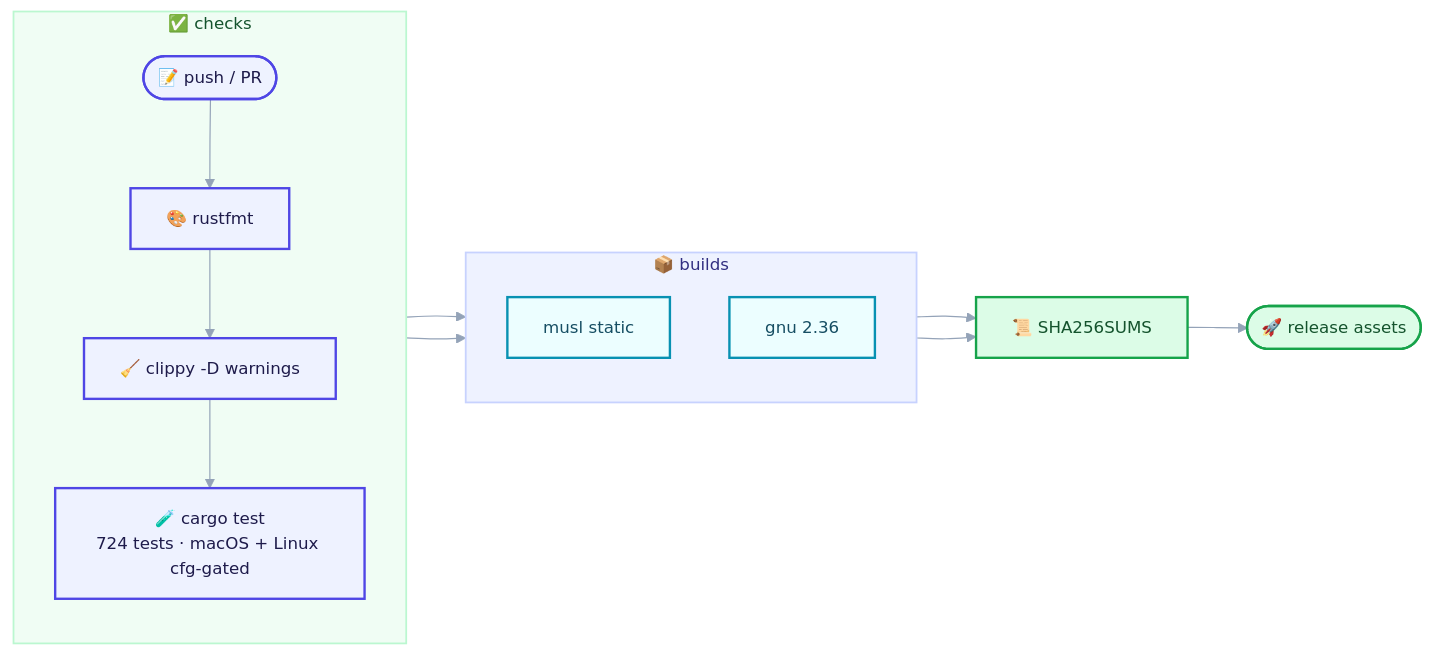
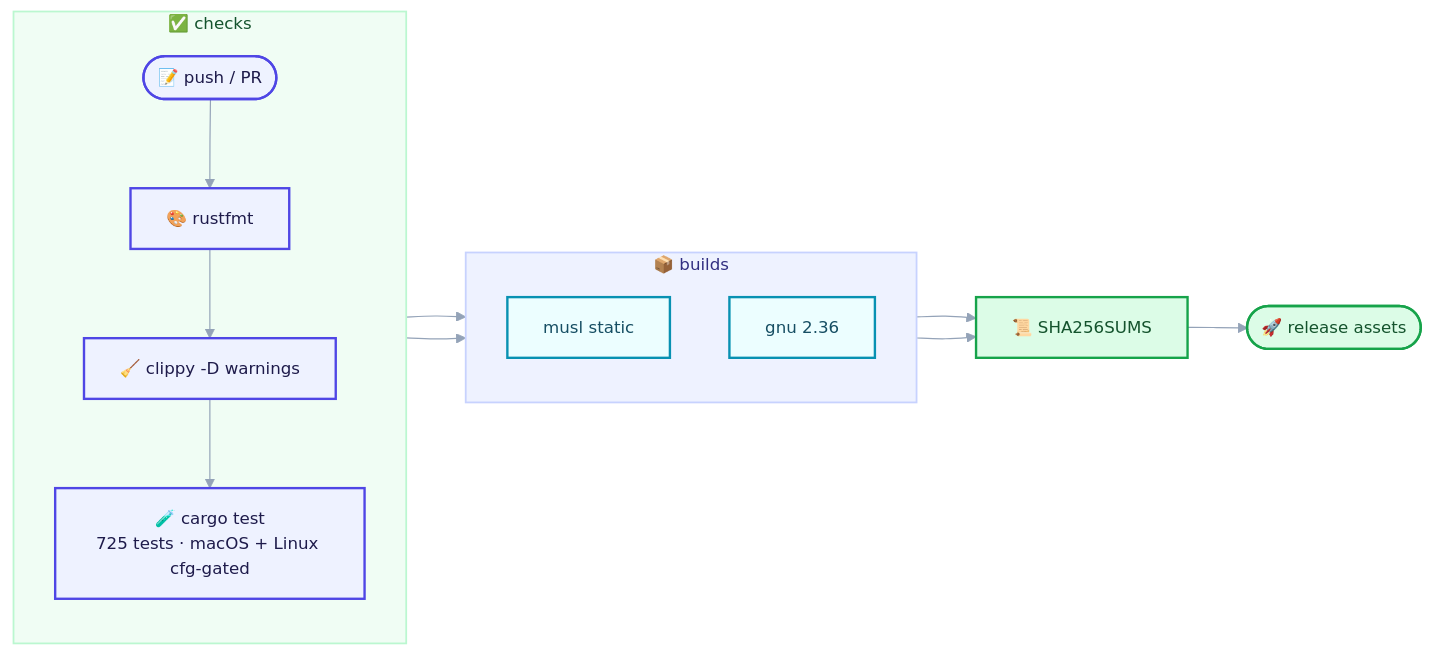
One commit to Terutoki/MyQUIC2 changed diagram 31 of 31 in README.md. Above: the diagram before and after it, drawn with Mermaid. The commit also changed other lines of this file and 4 other files, not shown here.

````diff
--- a/README.md
+++ b/README.md
@@ -2190,30 +2198,30 @@
 ```mermaid
 %%{init: {"theme":"base","themeVariables":{"fontSize":"14px","lineColor":"#94a3b8","textColor":"#0f172a","edgeLabelBackground":"#f8fafc"}}}%%
 flowchart LR
     accTitle: Continuous integration and release pipeline
     accDescr: Formatting, Clippy, and the full test suite gate two static builds, whose artifacts are hashed and published as release assets.
     subgraph CHECK["✅ checks"]
         direction TB
         C(["📝 push / PR"]) --> F["🎨 rustfmt"]
         F --> L["🧹 clippy -D warnings"]
-        L --> T["🧪 cargo test<br/>724 tests · macOS + Linux cfg-gated"]
+        L --> T["🧪 cargo test<br/>725 tests · macOS + Linux cfg-gated"]
     end
     subgraph BUILD["📦 builds"]
         direction TB
         M["musl static"]
         G["gnu 2.36"]
     end
     T --> M
     T --> G
     M --> A["📜 SHA256SUMS"]
     G --> A
     A --> R(["🚀 release assets"])
     classDef tunnel fill:#eef2ff,stroke:#4f46e5,stroke-width:2px,color:#1e1b4b
     classDef wire fill:#ecfeff,stroke:#0891b2,stroke-width:2px,color:#164e63
     classDef edge fill:#dcfce7,stroke:#16a34a,stroke-width:2px,color:#14532d
     class C,F,L,T tunnel
     class M,G wire
     class A,R edge
     style CHECK fill:#f0fdf4,stroke:#bbf7d0,stroke-width:1.5px,color:#14532d
     style BUILD fill:#eef2ff,stroke:#c7d2fe,stroke-width:1.5px,color:#312e81
 ```
````
